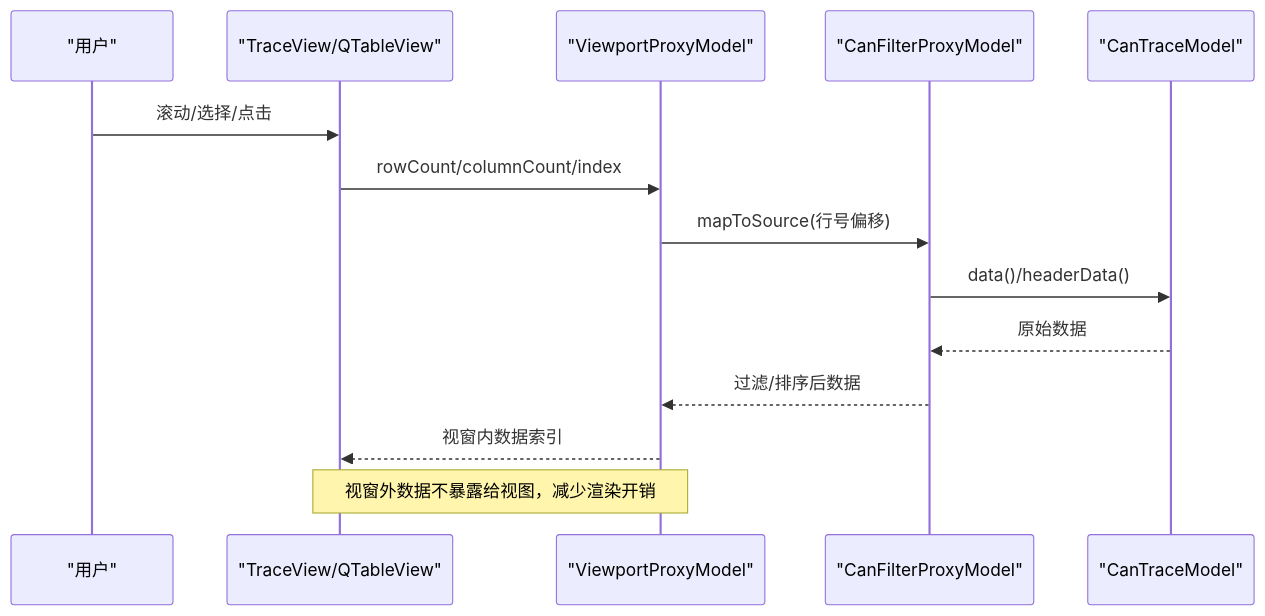
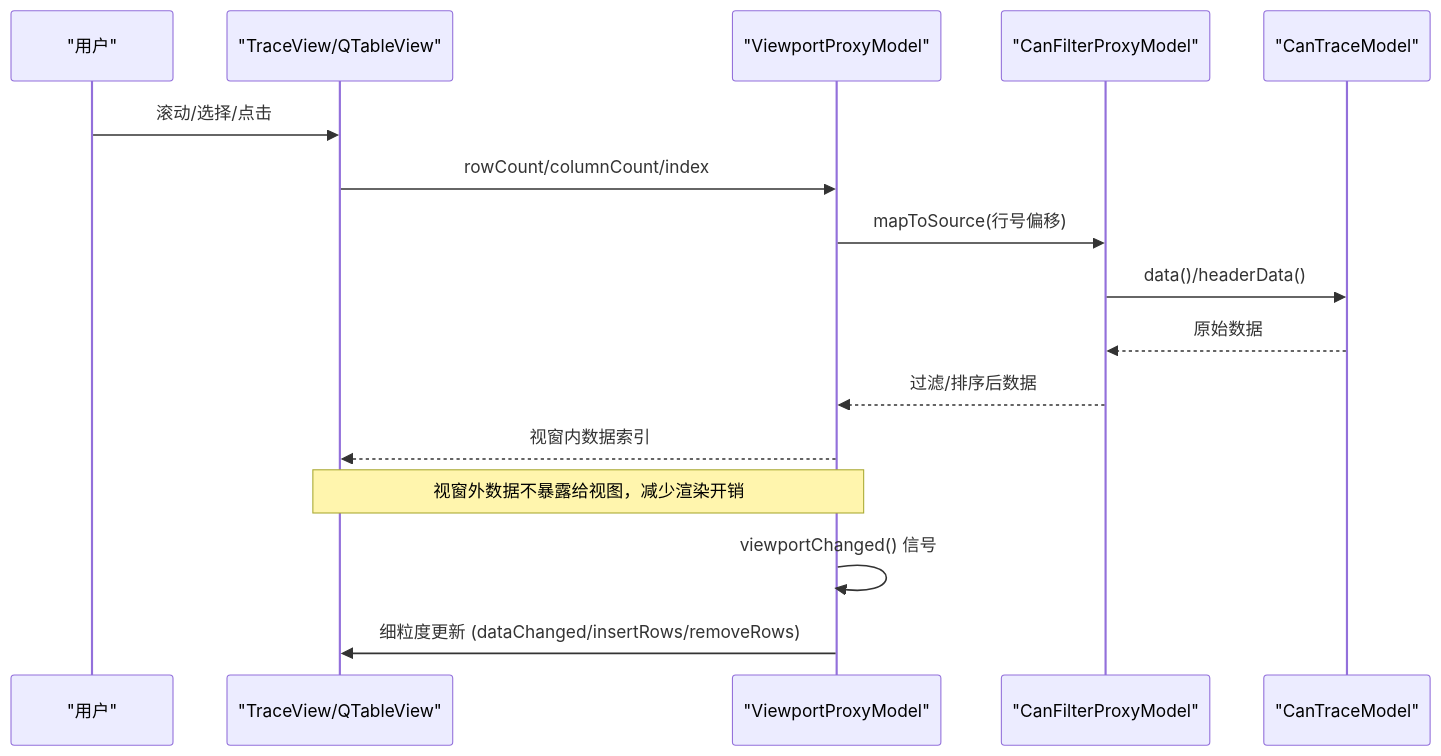
The second of 6 diagrams in .qoder/repowiki/zh/content/核心模块详解/视口代理模型.md (jakecai1225-design/OpenBus), drawn with Mermaid before and after one commit. The commit also changed other lines of this file and 27 other files, not shown here.

````diff
--- a/.qoder/repowiki/zh/content/核心模块详解/视口代理模型.md
+++ b/.qoder/repowiki/zh/content/核心模块详解/视口代理模型.md
@@ -70,16 +81,18 @@
 ```mermaid
 sequenceDiagram
 participant U as "用户"
 participant TV as "TraceView/QTableView"
 participant VP as "ViewportProxyModel"
 participant FP as "CanFilterProxyModel"
 participant TM as "CanTraceModel"
 U->>TV : 滚动/选择/点击
 TV->>VP : rowCount/columnCount/index
 VP->>FP : mapToSource(行号偏移)
 FP->>TM : data()/headerData()
 TM-->>FP : 原始数据
 FP-->>VP : 过滤/排序后数据
 VP-->>TV : 视窗内数据索引
 Note over VP,TV : 视窗外数据不暴露给视图，减少渲染开销
+VP->>VP : viewportChanged() 信号
+VP->>TV : 细粒度更新 (dataChanged/insertRows/removeRows)
 ```
````
